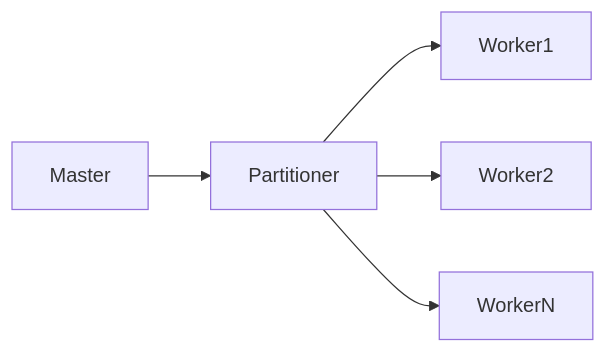
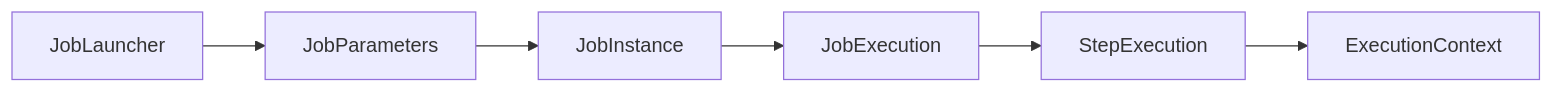
One commit to yjkim2015/yjkim2015.github.io changed the eighth of 8 diagrams in _posts/spring/2026-05-02-spring-batch-deep.md. Above: the diagram before and after it, drawn with Mermaid. The commit also changed other lines of this file and 4 other files, not shown here.

````diff
--- a/_posts/spring/2026-05-02-spring-batch-deep.md
+++ b/_posts/spring/2026-05-02-spring-batch-deep.md
@@ -405,7 +1656,8 @@
 ```mermaid
 graph LR
-    A[Master] --> B[Partitioner]
-    B --> C[Worker1]
-    B --> D[Worker2]
-    B --> E[WorkerN]
+    JL[JobLauncher] --> JP[JobParameters]
+    JP --> JI[JobInstance]
+    JI --> JE[JobExecution]
+    JE --> SE[StepExecution]
+    SE --> EC[ExecutionContext]
 ```
````
